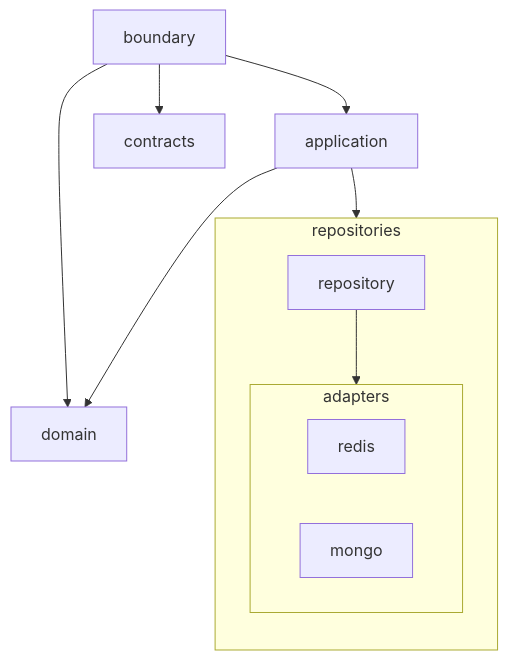
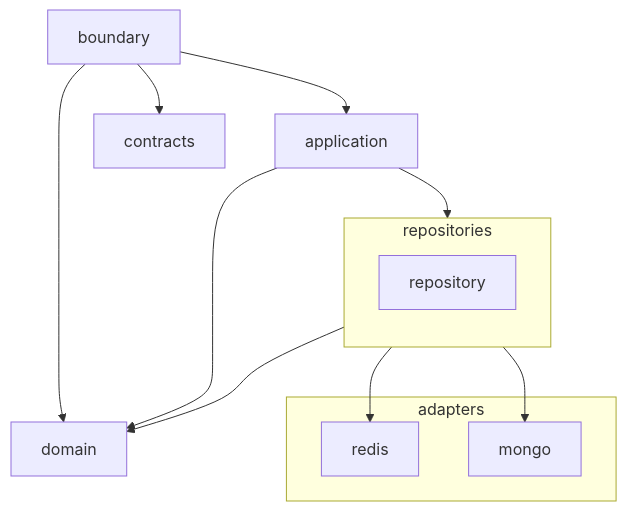
Before and after one commit to adesso-austria/workshop-architectures-love-js: the first of 2 diagrams in docs/Backend Architecture.md, drawn with Mermaid. The commit also changed other lines of this file, not shown here.

Commit message:
feat(backend/docs): improve arch chart

````diff
--- a/docs/Backend Architecture.md
+++ b/docs/Backend Architecture.md
@@ -2,14 +1,14 @@
 ```mermaid
 flowchart
-domain
-subgraph repositories
-	direction TB
-	repository-->adapters
-end
+application-->domain & repositories
+boundary-->domain & contracts & application
+repository-->domain
 subgraph adapters
 	redis
 	mongo
 end
-application-->domain & repositories
-boundary-->domain & contracts & application
+subgraph repositories
+	direction TB
+	repository-->redis & mongo
+end
 ```
````
